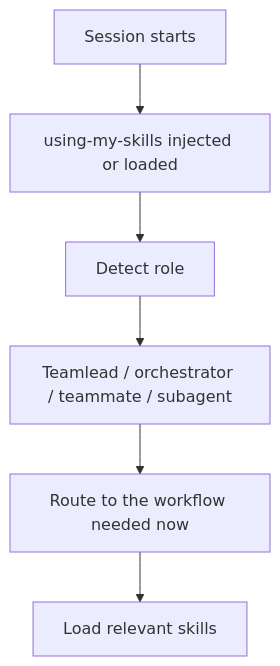
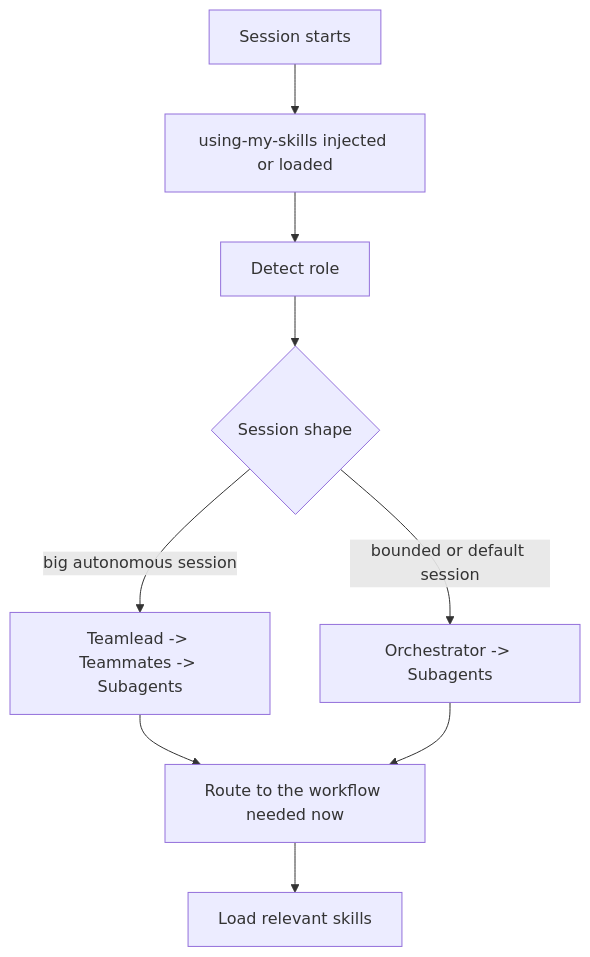
Before and after one commit to quick-brown-foxxx/myai: the second of 15 diagrams in skills/README.md, drawn with Mermaid. The commit also changed other lines of this file and 5 other files, not shown here.

````diff
--- a/skills/README.md
+++ b/skills/README.md
@@ -158,8 +159,11 @@
 ```mermaid
 flowchart TD
   A[Session starts] --> B[using-my-skills injected or loaded]
   B --> C[Detect role]
-  C --> D[Teamlead / orchestrator / teammate / subagent]
-  D --> E[Route to the workflow needed now]
-  E --> F[Load relevant skills]
+  C --> D{Session shape}
+  D -- big autonomous session --> E[Teamlead -> Teammates -> Subagents]
+  D -- bounded or default session --> F[Orchestrator -> Subagents]
+  E --> G[Route to the workflow needed now]
+  F --> G
+  G --> H[Load relevant skills]
 ```
````
